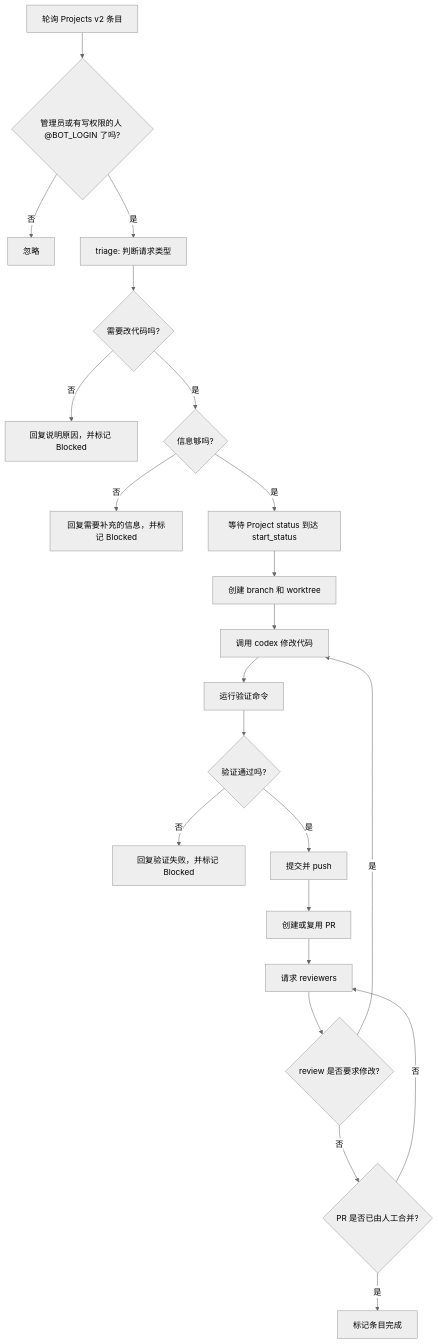
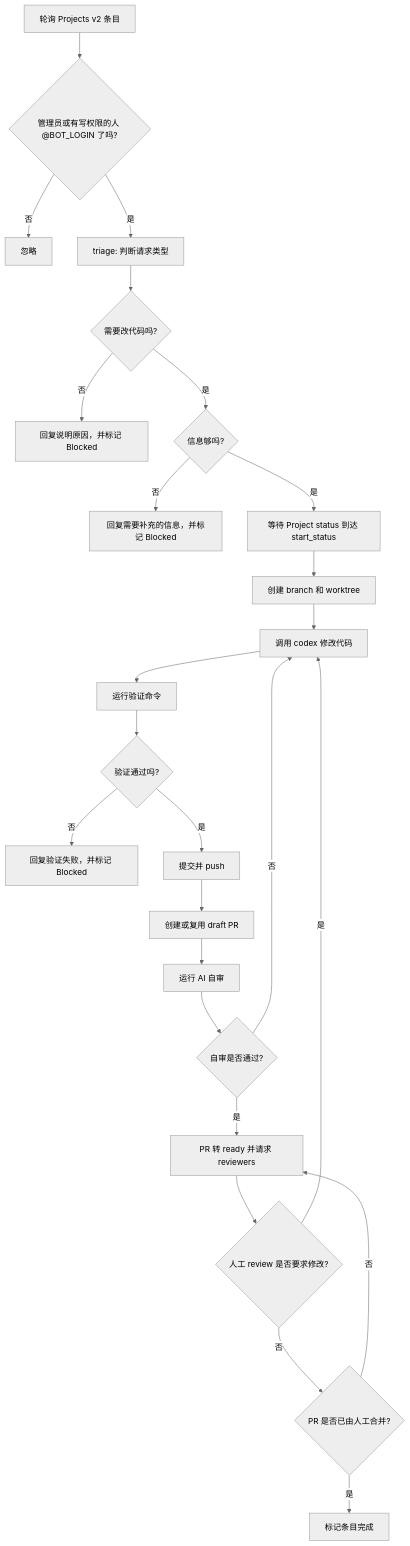
One commit to EwigMidori/autono changed the diagram in docs/README.zh-CN.md. Above: the diagram before and after it, drawn with Mermaid (neutral theme). The commit also changed other lines of this file and 10 other files, not shown here.

````diff
--- a/docs/README.zh-CN.md
+++ b/docs/README.zh-CN.md
@@ -22,24 +22,27 @@
 ```mermaid
 flowchart TD
   A[轮询 Projects v2 条目] --> B{管理员或有写权限的人 @BOT_LOGIN 了吗?}
   B -- 否 --> Z[忽略]
   B -- 是 --> C[triage: 判断请求类型]
   C --> D{需要改代码吗?}
   D -- 否 --> E[回复说明原因，并标记 Blocked]
   D -- 是 --> F{信息够吗?}
   F -- 否 --> G[回复需要补充的信息，并标记 Blocked]
   F -- 是 --> H[等待 Project status 到达 start_status]
   H --> I[创建 branch 和 worktree]
   I --> J[调用 codex 修改代码]
   J --> K[运行验证命令]
   K --> L{验证通过吗?}
   L -- 否 --> M[回复验证失败，并标记 Blocked]
   L -- 是 --> N[提交并 push]
-  N --> O[创建或复用 PR]
-  O --> P[请求 reviewers]
-  P --> Q{review 是否要求修改?}
-  Q -- 是 --> J
-  Q -- 否 --> R{PR 是否已由人工合并?}
-  R -- 否 --> P
-  R -- 是 --> S[标记条目完成]
+  N --> O[创建或复用 draft PR]
+  O --> P[运行 AI 自审]
+  P --> Q{自审是否通过?}
+  Q -- 否 --> J
+  Q -- 是 --> R[PR 转 ready 并请求 reviewers]
+  R --> T{人工 review 是否要求修改?}
+  T -- 是 --> J
+  T -- 否 --> U{PR 是否已由人工合并?}
+  U -- 否 --> R
+  U -- 是 --> S[标记条目完成]
 ```
````
